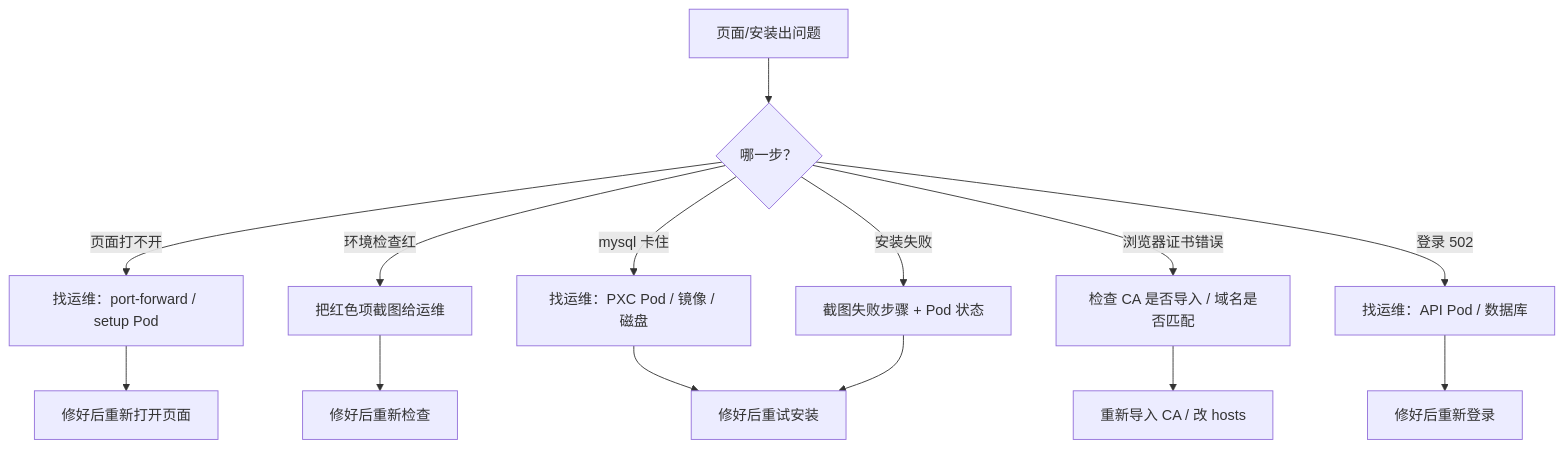
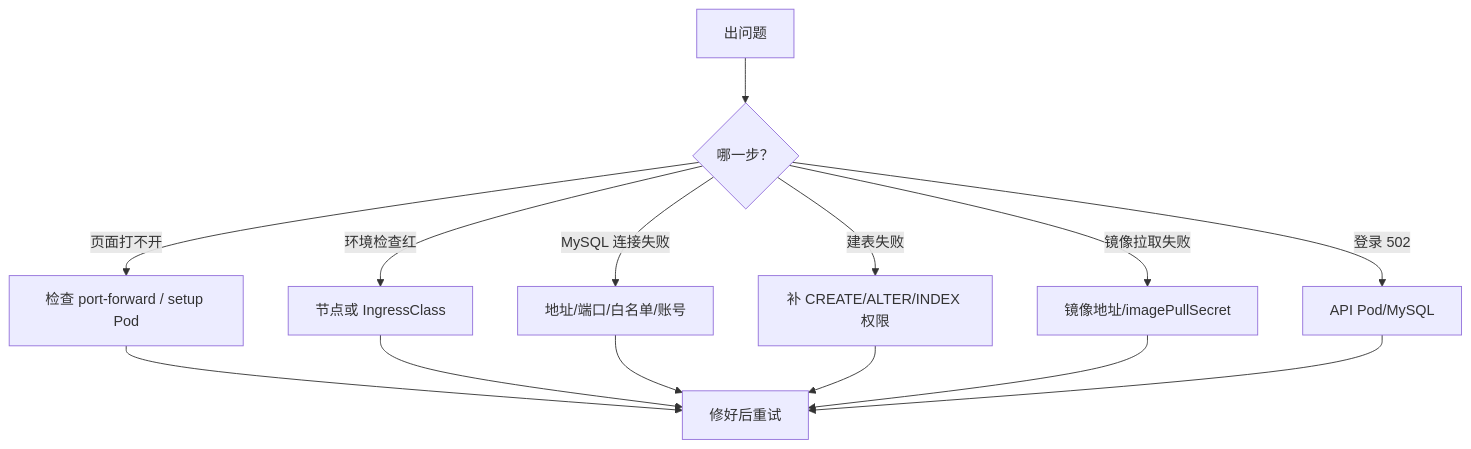
Before and after one commit to todaysu/k8s-platform: the third of 3 diagrams in docs/deployment/install-beginner.md, drawn with Mermaid. The commit also changed other lines of this file and 17 other files, not shown here.

````diff
--- a/docs/deployment/install-beginner.md
+++ b/docs/deployment/install-beginner.md
@@ -456,16 +453,16 @@
 ```mermaid
 flowchart TD
-    A["页面/安装出问题"] --> B{"哪一步？"}
-    B -->|页面打不开| C["找运维：port-forward / setup Pod"]
-    B -->|环境检查红| D["把红色项截图给运维"]
-    B -->|mysql 卡住| E["找运维：PXC Pod / 镜像 / 磁盘"]
-    B -->|安装失败| F["截图失败步骤 + Pod 状态"]
-    B -->|浏览器证书错误| G["检查 CA 是否导入 / 域名是否匹配"]
-    B -->|登录 502| H["找运维：API Pod / 数据库"]
-    C --> I["修好后重新打开页面"]
-    D --> J["修好后重新检查"]
-    E --> K["修好后重试安装"]
-    F --> K
-    G --> L["重新导入 CA / 改 hosts"]
-    H --> M["修好后重新登录"]
+    A["出问题"] --> B{"哪一步？"}
+    B -->|页面打不开| C["检查 port-forward / setup Pod"]
+    B -->|环境检查红| D["节点或 IngressClass"]
+    B -->|MySQL 连接失败| E["地址/端口/白名单/账号"]
+    B -->|建表失败| F["补 CREATE/ALTER/INDEX 权限"]
+    B -->|镜像拉取失败| G["镜像地址/imagePullSecret"]
+    B -->|登录 502| H["API Pod/MySQL"]
+    C --> I["修好后重试"]
+    D --> I
+    E --> I
+    F --> I
+    G --> I
+    H --> I
 ```
````
